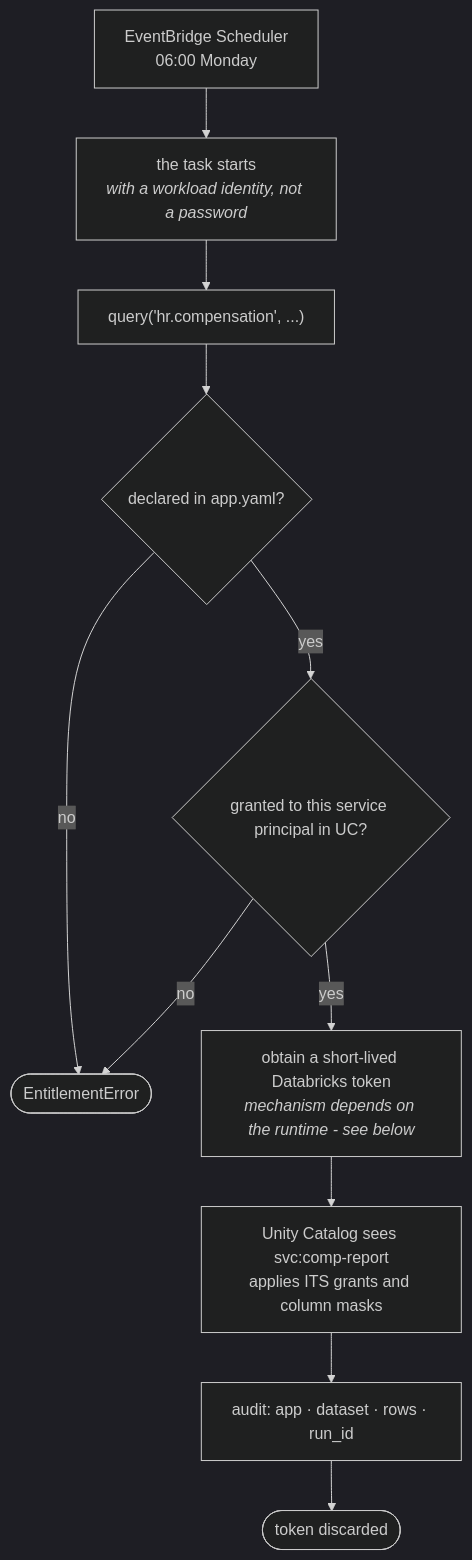
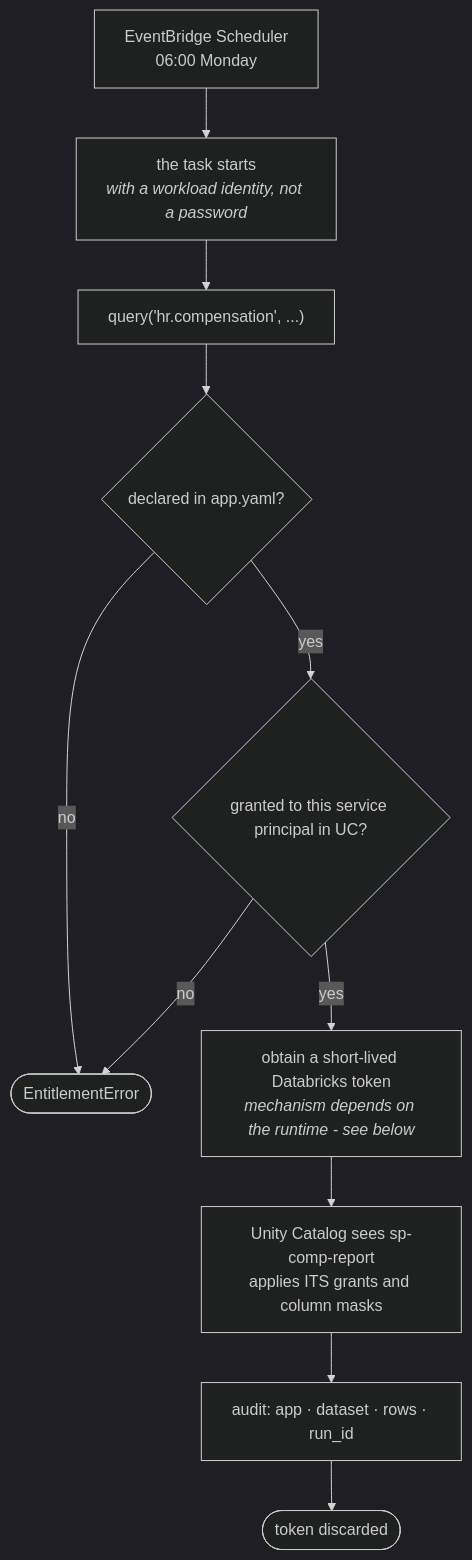
Before and after one commit to KRISHNABR/insights-platform: the sixth of 9 diagrams in docs/ARCHITECTURE.md, drawn with Mermaid (dark theme). The commit also changed other lines of this file and 7 other files, not shown here.

````diff
--- a/docs/ARCHITECTURE.md
+++ b/docs/ARCHITECTURE.md
@@ -573,13 +579,13 @@
 ```mermaid
 flowchart TB
   S["EventBridge Scheduler<br/>06:00 Monday"] --> T["the task starts<br/><i>with a workload identity, not a password</i>"]
   T --> Q["query('hr.compensation', ...)"]
   Q --> C1{"declared in app.yaml?"}
   C1 -->|no| X(["EntitlementError"])
   C1 -->|yes| C2{"granted to this service principal in UC?"}
   C2 -->|no| X
   C2 -->|yes| TOK["obtain a short-lived Databricks token<br/><i>mechanism depends on the runtime - see below</i>"]
-  TOK --> UC["Unity Catalog sees svc:comp-report<br/>applies ITS grants and column masks"]
+  TOK --> UC["Unity Catalog sees sp-comp-report<br/>applies ITS grants and column masks"]
   UC --> A["audit: app · dataset · rows · run_id"]
   A --> D(["token discarded"])
 ```
````
